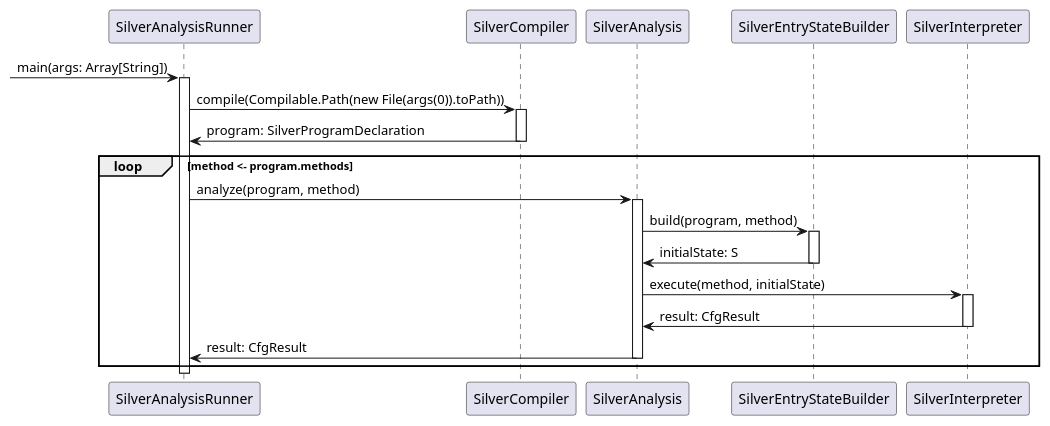
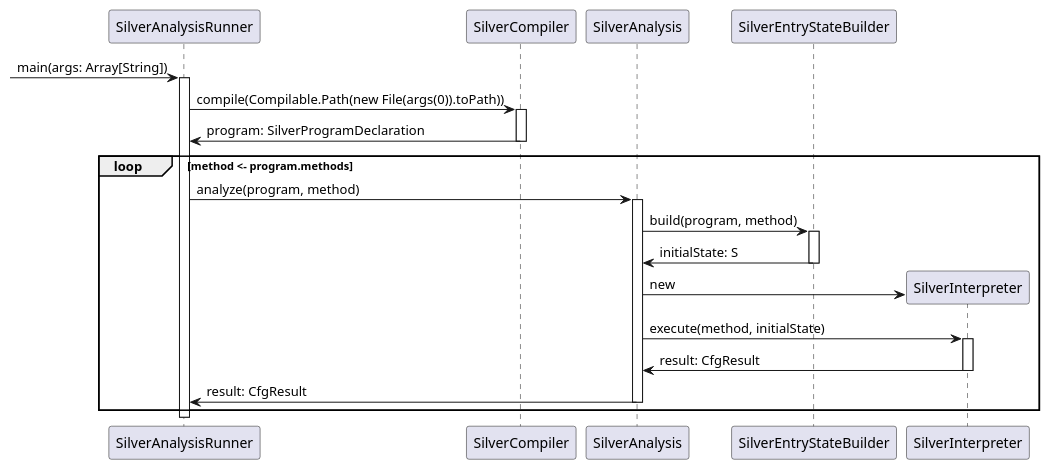
The diagram in Diagrams/old-analysisrunner.pu (viperproject/sample), drawn with PlantUML before and after one commit. The commit also changed 2 other files, not shown here.

Commit message:
diagrams

```diff
--- a/Diagrams/old-analysisrunner.pu
+++ b/Diagrams/old-analysisrunner.pu
@@ -1,26 +1,28 @@
 @startuml
 
 -> SilverAnalysisRunner: main(args: Array[String])
 activate SilverAnalysisRunner
 
 SilverAnalysisRunner -> SilverCompiler: compile(Compilable.Path(new File(args(0)).toPath))
 activate SilverCompiler
 SilverCompiler -> SilverAnalysisRunner: program: SilverProgramDeclaration
 deactivate SilverCompiler
 
 loop method <- program.methods
     SilverAnalysisRunner -> SilverAnalysis: analyze(program, method)
     activate SilverAnalysis
     SilverAnalysis -> SilverEntryStateBuilder: build(program, method)
     activate SilverEntryStateBuilder
     SilverEntryStateBuilder -> SilverAnalysis: initialState: S
     deactivate SilverEntryStateBuilder
+    create SilverInterpreter
+    SilverAnalysis -> SilverInterpreter: new
     SilverAnalysis -> SilverInterpreter: execute(method, initialState)
     activate SilverInterpreter
     SilverInterpreter -> SilverAnalysis: result: CfgResult
     deactivate SilverInterpreter
     SilverAnalysis -> SilverAnalysisRunner: result: CfgResult
     deactivate SilverAnalysis
 end
 deactivate SilverAnalysisRunner
 @enduml
```
